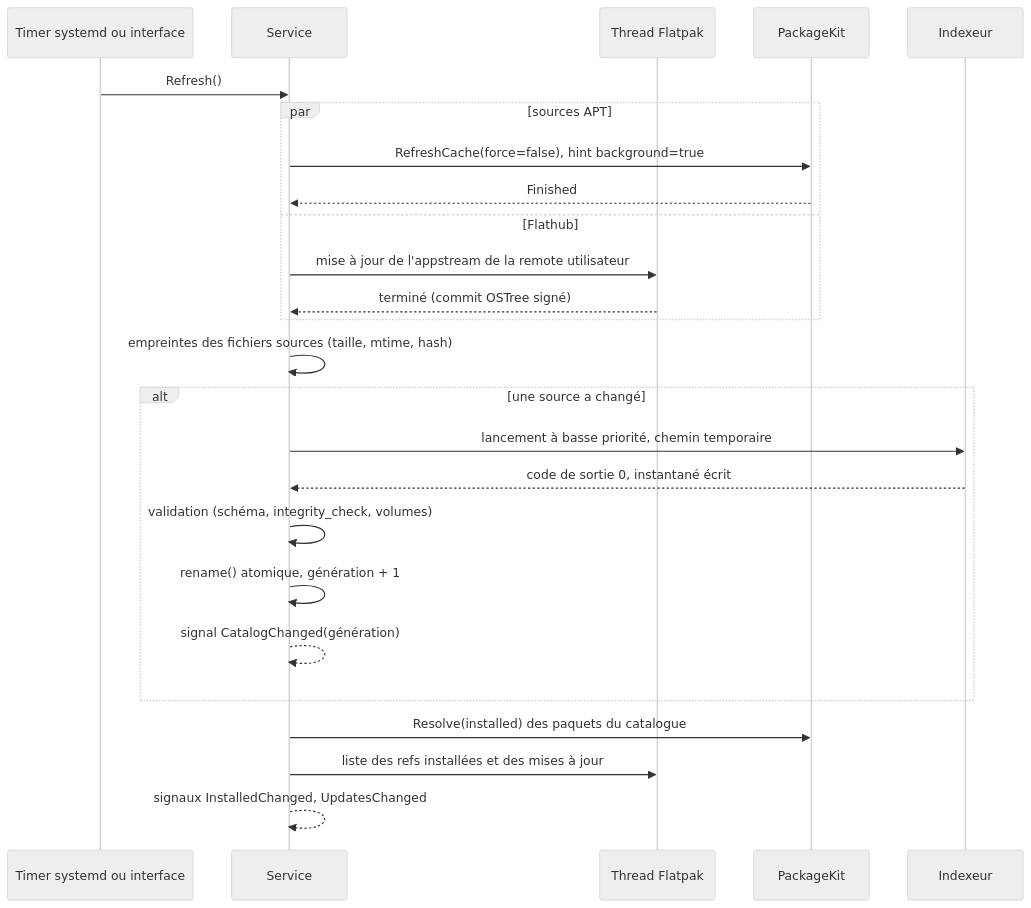
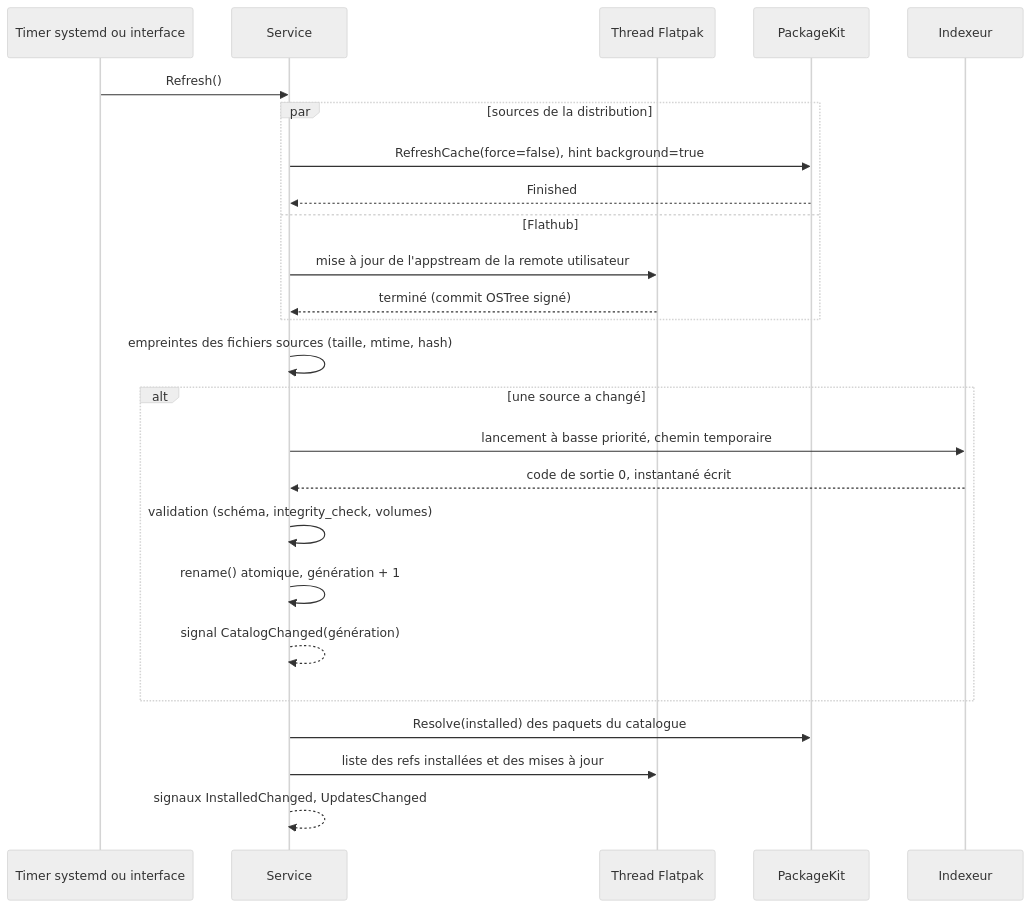
One commit to SachaGrdc/cutefish-store changed the third of 5 diagrams in docs/ARCHITECTURE.md. Above: the diagram before and after it, drawn with Mermaid (neutral theme). The commit also changed other lines of this file and 1 other file, not shown here.

First line of the commit message:
docs: rename the APT backend to backend-packagekit (P-001)

````diff
--- a/docs/ARCHITECTURE.md
+++ b/docs/ARCHITECTURE.md
@@ -252,27 +252,27 @@
 ```mermaid
 sequenceDiagram
     participant T as Timer systemd ou interface
     participant S as Service
     participant F as Thread Flatpak
     participant P as PackageKit
     participant I as Indexeur
     T->>S: Refresh()
-    par sources APT
+    par sources de la distribution
         S->>P: RefreshCache(force=false), hint background=true
         P-->>S: Finished
     and Flathub
         S->>F: mise à jour de l'appstream de la remote utilisateur
         F-->>S: terminé (commit OSTree signé)
     end
     S->>S: empreintes des fichiers sources (taille, mtime, hash)
     alt une source a changé
         S->>I: lancement à basse priorité, chemin temporaire
         I-->>S: code de sortie 0, instantané écrit
         S->>S: validation (schéma, integrity_check, volumes)
         S->>S: rename() atomique, génération + 1
         S-->>S: signal CatalogChanged(génération)
     end
     S->>P: Resolve(installed) des paquets du catalogue
     S->>F: liste des refs installées et des mises à jour
     S-->>S: signaux InstalledChanged, UpdatesChanged
 ```
````
